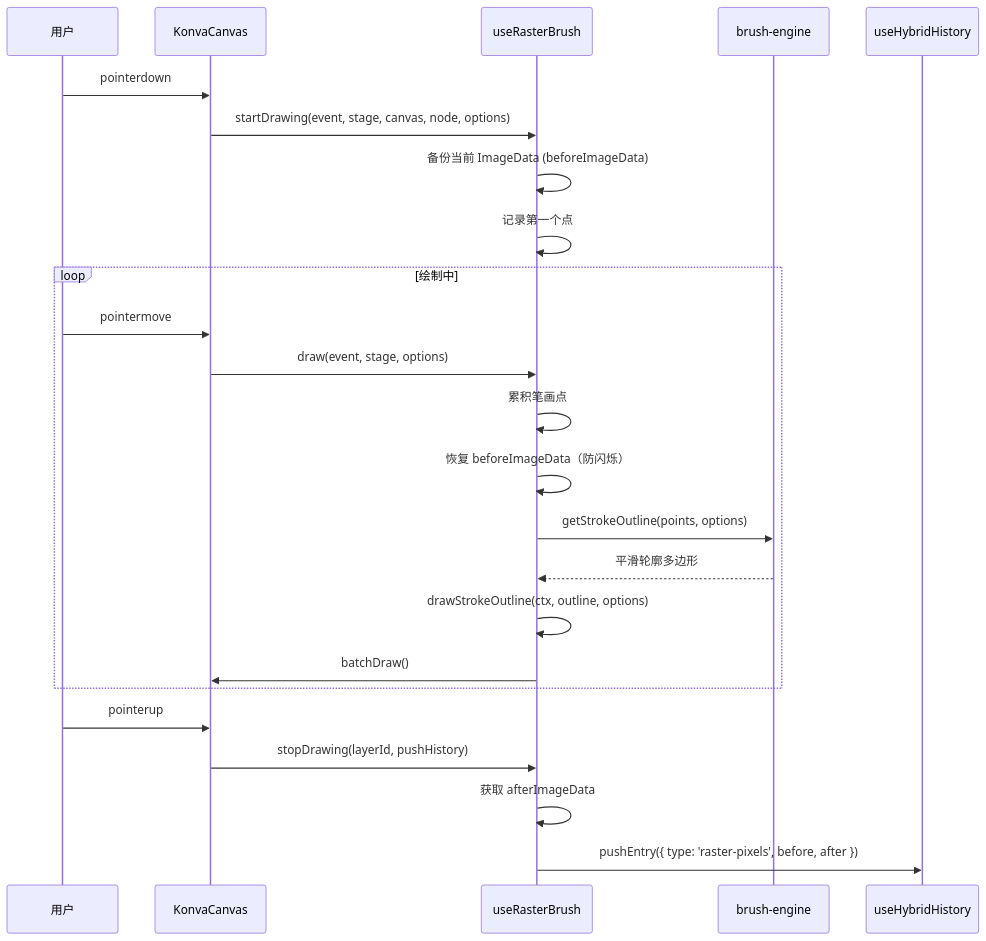
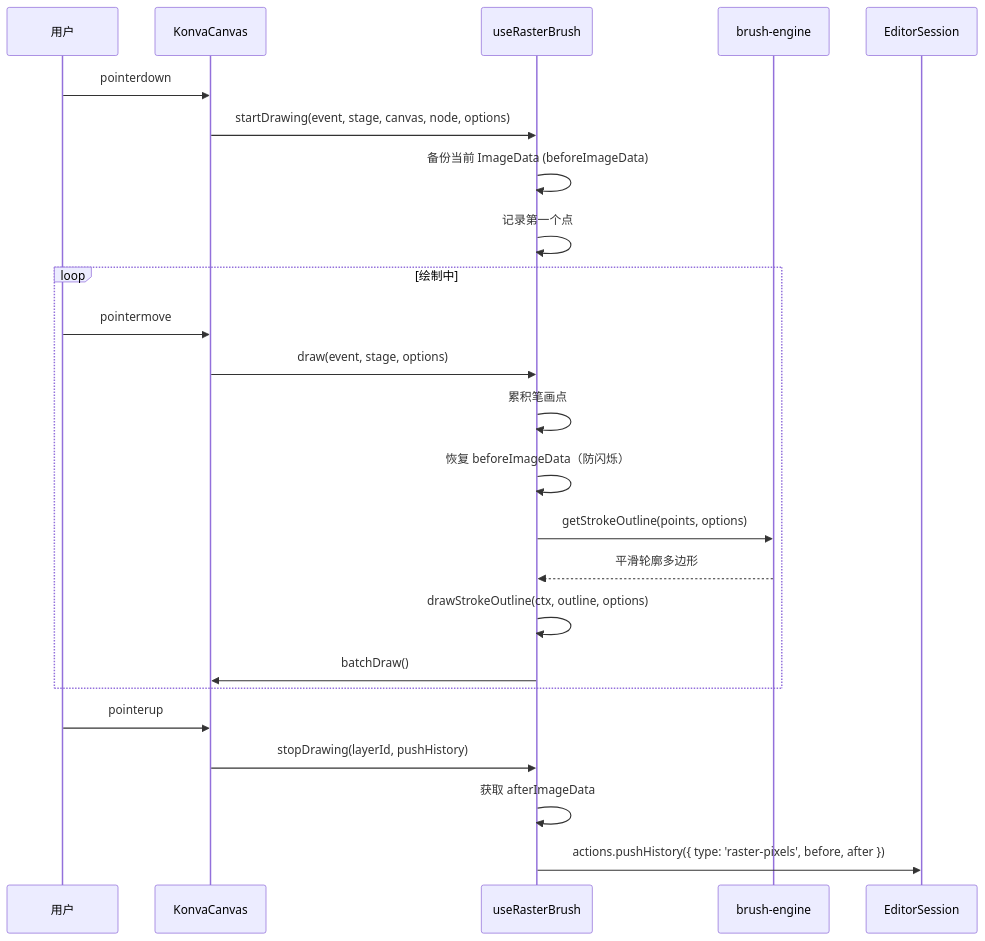
The second of 5 diagrams in src/tools/sketch-pad/ARCHITECTURE.md (miaotouy/aio-hub), drawn with Mermaid before and after one commit. The commit also changed other lines of this file, not shown here.

First line of the commit message:
docs(sketch-pad): 更新架构文档，反映重构后的 EditorSession 架构

````diff
--- a/src/tools/sketch-pad/ARCHITECTURE.md
+++ b/src/tools/sketch-pad/ARCHITECTURE.md
@@ -170,29 +250,29 @@
 ```mermaid
 sequenceDiagram
     participant User as 用户
     participant Canvas as KonvaCanvas
     participant Brush as useRasterBrush
     participant Engine as brush-engine
-    participant History as useHybridHistory
+    participant Session as EditorSession
 
     User->>Canvas: pointerdown
     Canvas->>Brush: startDrawing(event, stage, canvas, node, options)
     Brush->>Brush: 备份当前 ImageData (beforeImageData)
     Brush->>Brush: 记录第一个点
 
     loop 绘制中
         User->>Canvas: pointermove
         Canvas->>Brush: draw(event, stage, options)
         Brush->>Brush: 累积笔画点
         Brush->>Brush: 恢复 beforeImageData（防闪烁）
         Brush->>Engine: getStrokeOutline(points, options)
         Engine-->>Brush: 平滑轮廓多边形
         Brush->>Brush: drawStrokeOutline(ctx, outline, options)
         Brush->>Canvas: batchDraw()
     end
 
     User->>Canvas: pointerup
     Canvas->>Brush: stopDrawing(layerId, pushHistory)
     Brush->>Brush: 获取 afterImageData
-    Brush->>History: pushEntry({ type: 'raster-pixels', before, after })
+    Brush->>Session: actions.pushHistory({ type: 'raster-pixels', before, after })
 ```
````
